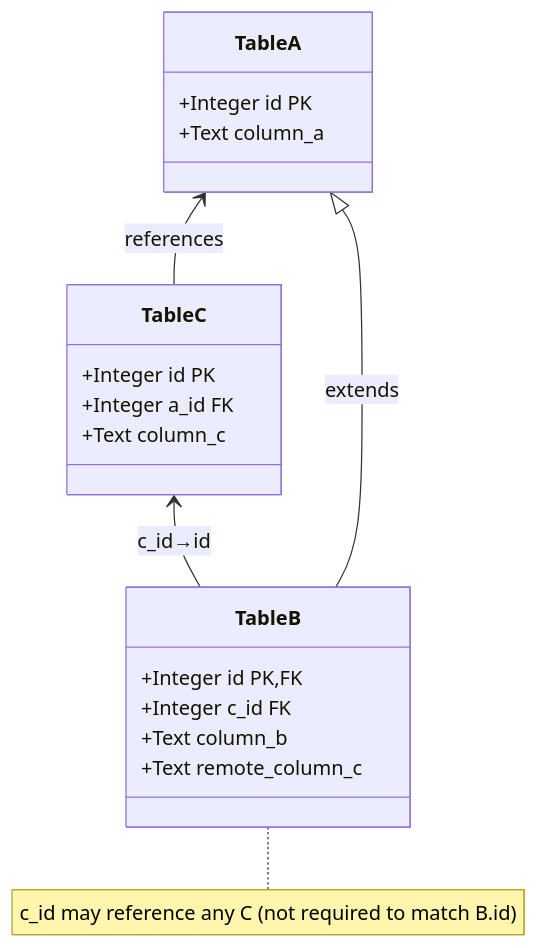
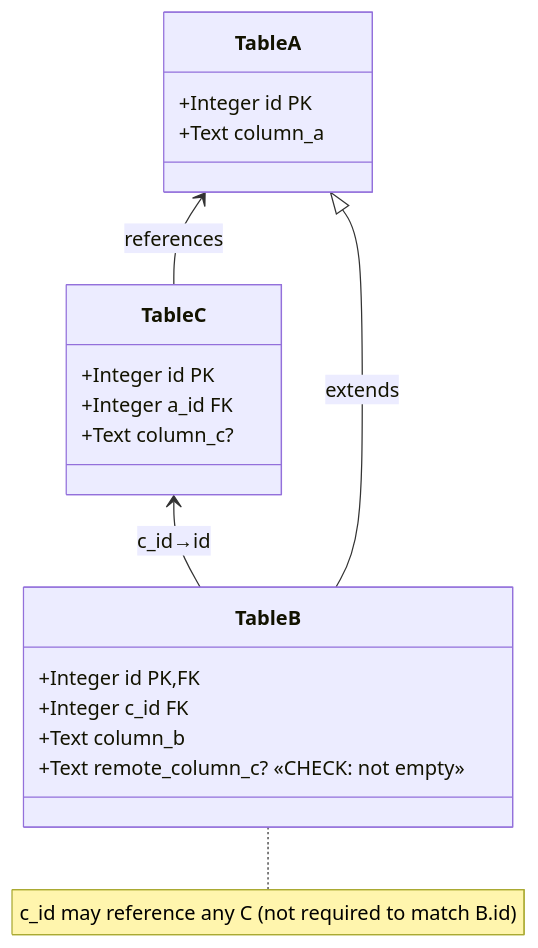
One commit to LucaCappelletti94/diesel-builders changed the sixth of 7 diagrams in README.md. Above: the diagram before and after it, drawn with Mermaid. The commit also changed other lines of this file and 6 other files, not shown here.

````diff
--- a/README.md
+++ b/README.md
@@ -143,23 +182,23 @@
 ```mermaid
 classDiagram
     direction BT
     class TableA {
         +Integer id PK
         +Text column_a
     }
     class TableC {
         +Integer id PK
         +Integer a_id FK
-        +Text column_c
+        +Text column_c?
     }
     class TableB {
         +Integer id PK,FK
         +Integer c_id FK
         +Text column_b
-        +Text remote_column_c
+        +Text remote_column_c? «CHECK: not empty»
     }
     TableC --> TableA : references
     TableB --|> TableA : extends
     TableB --> TableC : c_id→id
     note for TableB "c_id may reference any C (not required to match B.id)"
 ```
````
